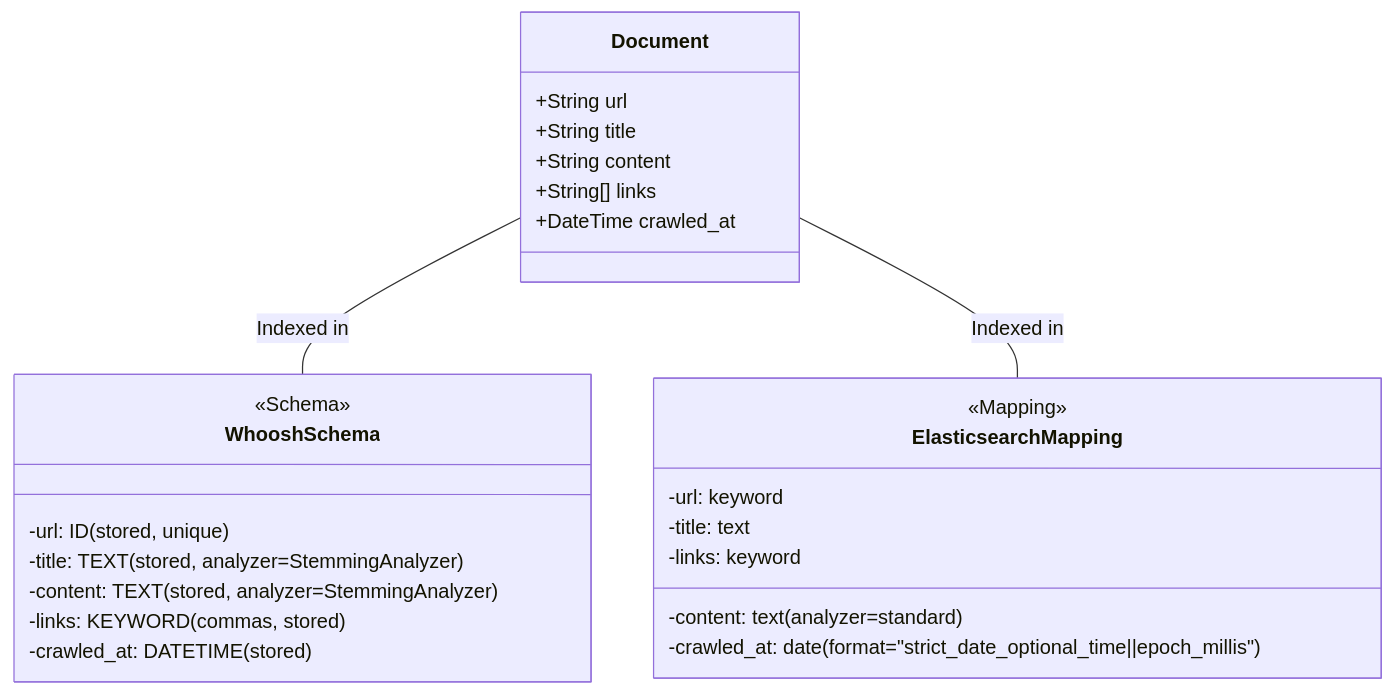
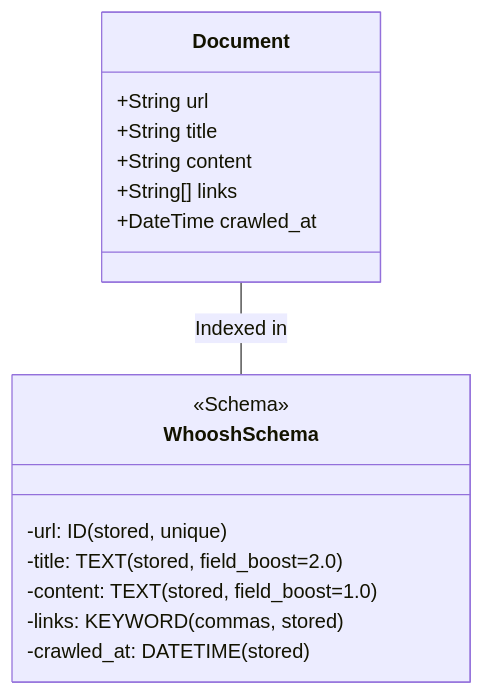
One commit to gongahkia/nayuta changed the fourth of 4 diagrams in README.md. Above: the diagram before and after it, drawn with Mermaid. The commit also changed other lines of this file, not shown here.

````diff
--- a/README.md
+++ b/README.md
@@ -186,31 +209,21 @@
 ```mermaid
 classDiagram
     class Document {
         +String url
         +String title
         +String content
         +String[] links
         +DateTime crawled_at
     }
 
     class WhooshSchema {
         <<Schema>>
         -url: ID(stored, unique)
-        -title: TEXT(stored, analyzer=StemmingAnalyzer)
-        -content: TEXT(stored, analyzer=StemmingAnalyzer)
+        -title: TEXT(stored, field_boost=2.0)
+        -content: TEXT(stored, field_boost=1.0)
         -links: KEYWORD(commas, stored)
         -crawled_at: DATETIME(stored)
     }
 
-    class ElasticsearchMapping {
-        <<Mapping>>
-        -url: keyword
-        -title: text
-        -content: text(analyzer=standard)
-        -links: keyword
-        -crawled_at: date(format="strict_date_optional_time||epoch_millis")
-    }
-
     Document -- WhooshSchema : Indexed in
-    Document -- ElasticsearchMapping : Indexed in
 ```
````
